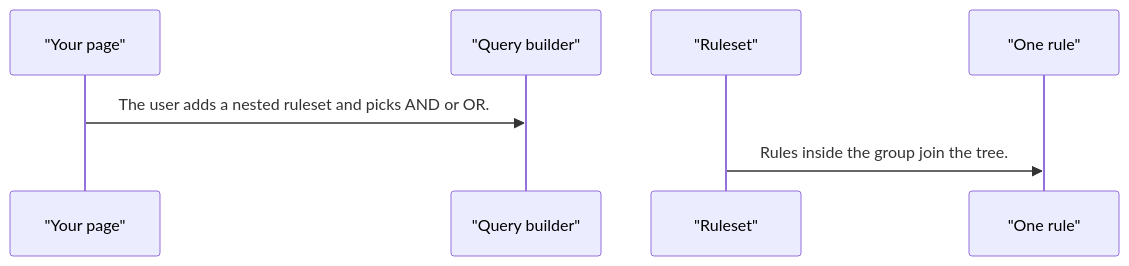
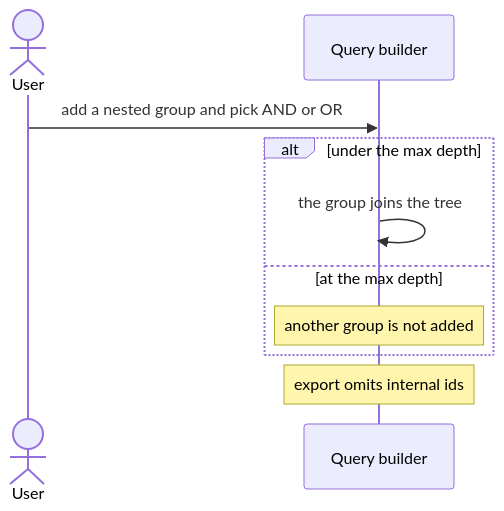
One commit to RajshekharBorate/pixel-ui changed the third of 4 diagrams in projects/pixel-ui/src/lib/pixel-query-builder/DESIGN.md. Above: the diagram before and after it, drawn with Mermaid. The commit also changed other lines of this file and 73 other files, not shown here.

Commit message:
Explain who owns each value and what each flow does in every component and service design.

````diff
--- a/projects/pixel-ui/src/lib/pixel-query-builder/DESIGN.md
+++ b/projects/pixel-ui/src/lib/pixel-query-builder/DESIGN.md
@@ -70,9 +84,12 @@
 ```mermaid
 sequenceDiagram
-  participant page as "Your page"
-  participant builder as "Query builder"
-  participant group as "Ruleset"
-  participant rule as "One rule"
-  page->>builder: The user adds a nested ruleset and picks AND or OR.
-  group->>rule: Rules inside the group join the tree.
+  actor User
+  participant Builder as Query builder
+  User->>Builder: add a nested group and pick AND or OR
+  alt under the max depth
+    Builder->>Builder: the group joins the tree
+  else at the max depth
+    Note over Builder: another group is not added
+  end
+  Note over Builder: export omits internal ids
 ```
````
